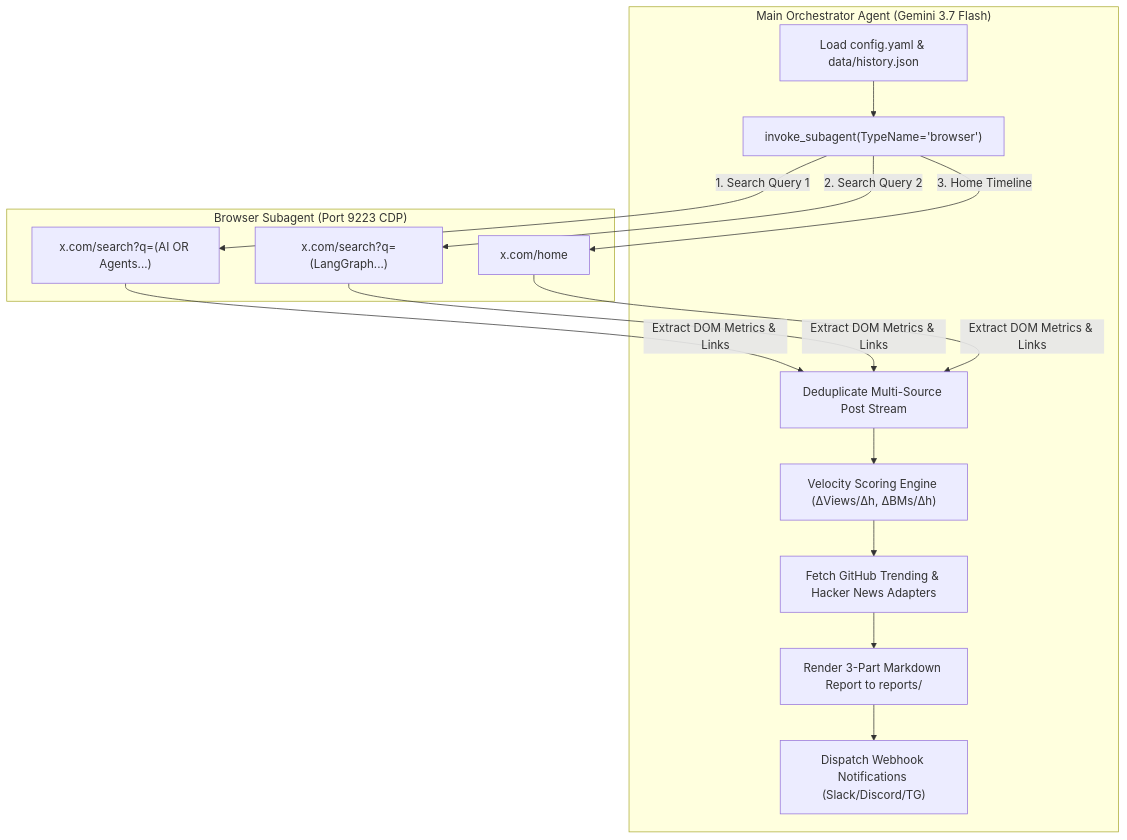
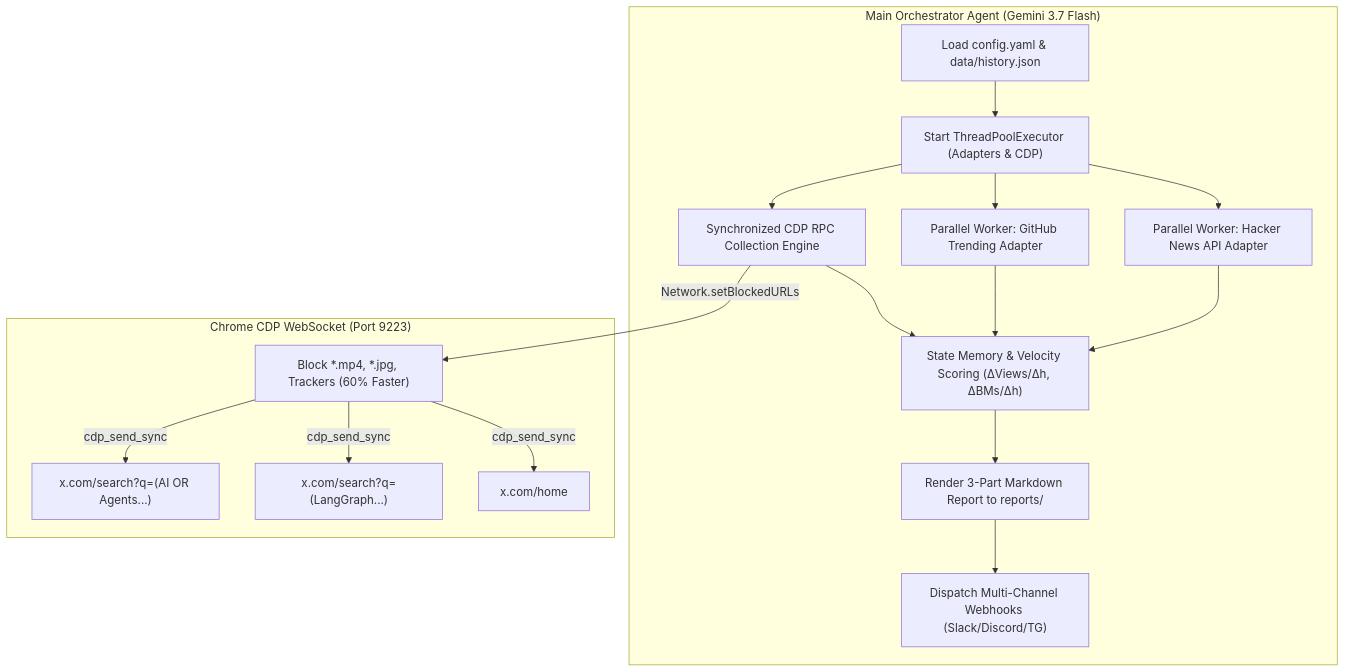
Before and after one commit to nanbada/X-AI-Radar: the diagram in AGENTS.md, drawn with Mermaid. The commit also changed other lines of this file and 3 other files, not shown here.

Commit message:
docs: sync AGENTS.md, SKILL.md, and bilingual READMEs with v2.1 high-speed architecture

````diff
--- a/AGENTS.md
+++ b/AGENTS.md
@@ -25,17 +25,20 @@
 ```mermaid
 flowchart TD
     subgraph Controller ["Main Orchestrator Agent (Gemini 3.7 Flash)"]
-        A["Load config.yaml & data/history.json"] --> B["invoke_subagent(TypeName='browser')"]
-        D["Deduplicate Multi-Source Post Stream"] --> E["Velocity Scoring Engine (ΔViews/Δh, ΔBMs/Δh)"]
-        E --> F["Fetch GitHub Trending & Hacker News Adapters"]
+        A["Load config.yaml & data/history.json"] --> B["Start ThreadPoolExecutor (Adapters & CDP)"]
+        B --> D["Synchronized CDP RPC Collection Engine"]
+        B --> E1["Parallel Worker: GitHub Trending Adapter"]
+        B --> E2["Parallel Worker: Hacker News API Adapter"]
+        
+        D & E1 & E2 --> F["State Memory & Velocity Scoring (ΔViews/Δh, ΔBMs/Δh)"]
         F --> G["Render 3-Part Markdown Report to reports/"]
-        G --> H["Dispatch Webhook Notifications (Slack/Discord/TG)"]
+        G --> H["Dispatch Multi-Channel Webhooks (Slack/Discord/TG)"]
     end
 
-    subgraph BrowserSubagent ["Browser Subagent (Port 9223 CDP)"]
-        B -->|1. Search Query 1| C1["x.com/search?q=(AI OR Agents...)"]
-        B -->|2. Search Query 2| C2["x.com/search?q=(LangGraph...)"]
-        B -->|3. Home Timeline| C3["x.com/home"]
-        C1 & C2 & C3 -->|Extract DOM Metrics & Links| D
+    subgraph BrowserSubagent ["Chrome CDP WebSocket (Port 9223)"]
+        D -->|Network.setBlockedURLs| C0["Block *.mp4, *.jpg, Trackers (60% Faster)"]
+        C0 -->|cdp_send_sync| C1["x.com/search?q=(AI OR Agents...)"]
+        C0 -->|cdp_send_sync| C2["x.com/search?q=(LangGraph...)"]
+        C0 -->|cdp_send_sync| C3["x.com/home"]
     end
 ```
````
